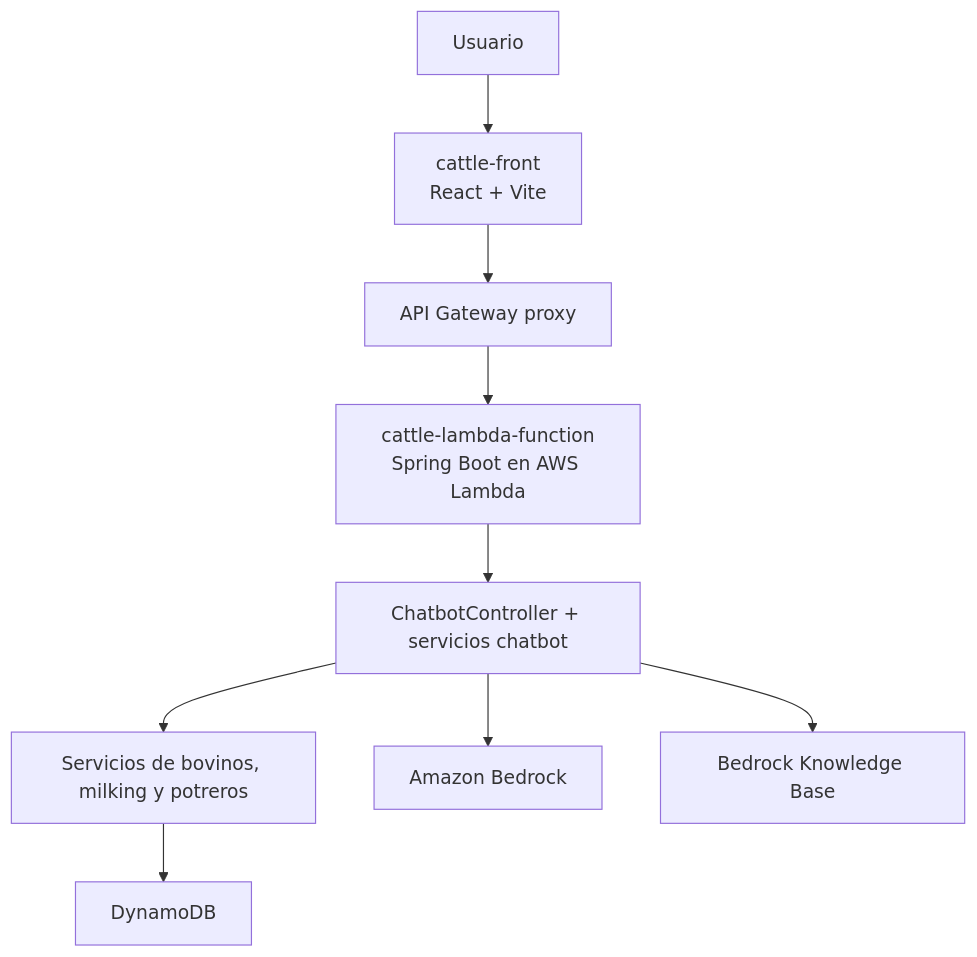
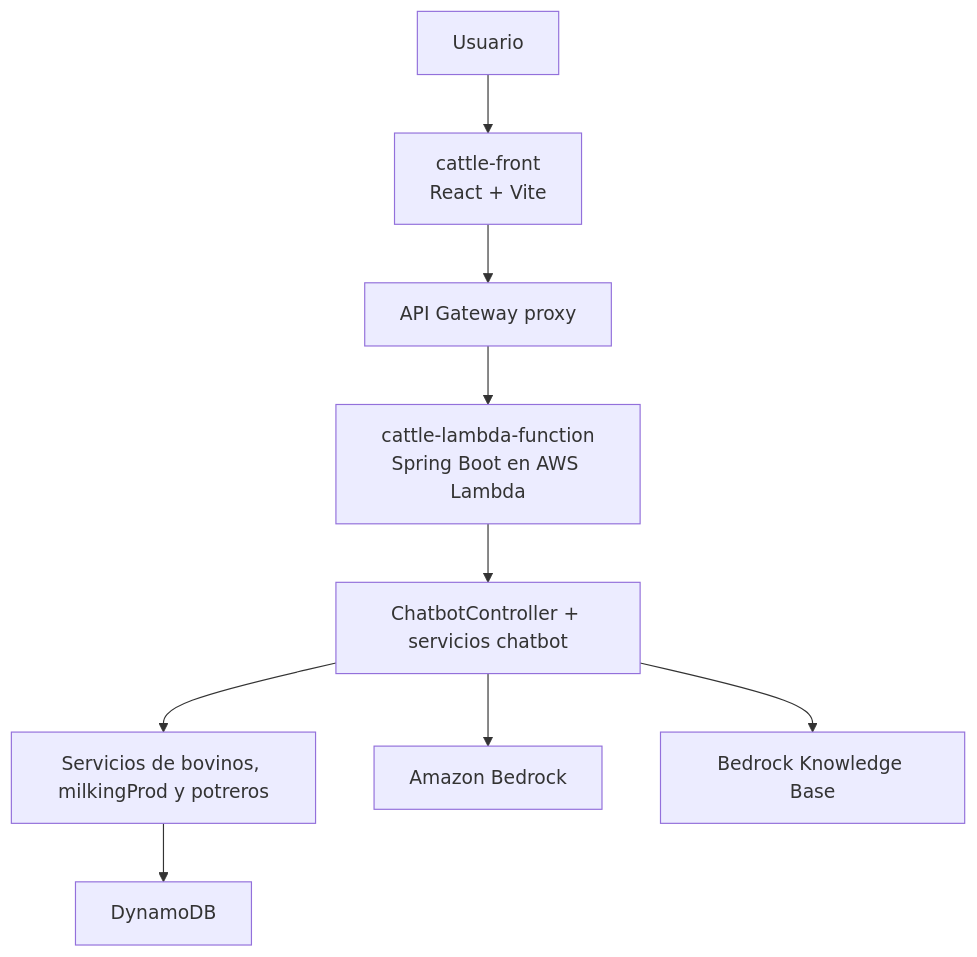
One commit to jhonroberth0303/lambda-aws-cattle-java changed the diagram in docs/arquitectura/chatbot/ARQUITECTURA-ECOSISTEMA-CATTLE.md. Above: the diagram before and after it, drawn with Mermaid. The commit also changed other lines of this file and 63 other files, not shown here.

````diff
--- a/docs/arquitectura/chatbot/ARQUITECTURA-ECOSISTEMA-CATTLE.md
+++ b/docs/arquitectura/chatbot/ARQUITECTURA-ECOSISTEMA-CATTLE.md
@@ -18,21 +18,21 @@
 ```mermaid
 graph TB
     USER[Usuario]
     FRONT[cattle-front\nReact + Vite]
     APIGW[API Gateway proxy]
     LAMBDA[cattle-lambda-function\nSpring Boot en AWS Lambda]
     CHAT[ChatbotController + servicios chatbot]
-    DOMAIN[Servicios de bovinos, milking y potreros]
+    DOMAIN[Servicios de bovinos, milkingProd y potreros]
     DDB[DynamoDB]
     BEDROCK[Amazon Bedrock]
     KB[Bedrock Knowledge Base]
 
     USER --> FRONT
     FRONT --> APIGW
     APIGW --> LAMBDA
     LAMBDA --> CHAT
     CHAT --> DOMAIN
     DOMAIN --> DDB
     CHAT --> BEDROCK
     CHAT --> KB
 ```
````
